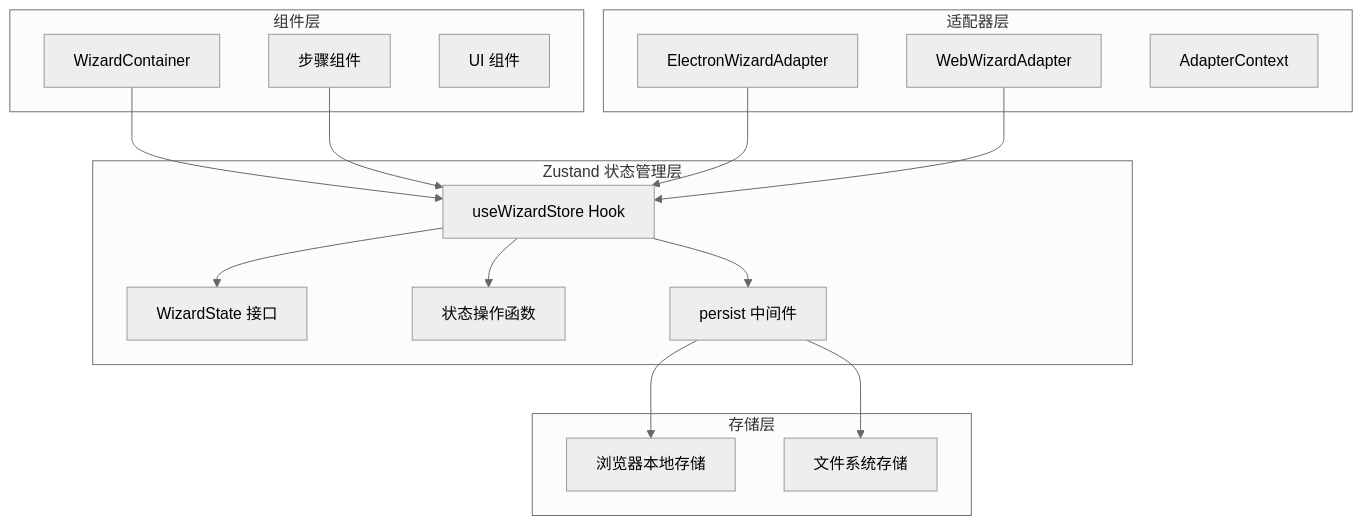
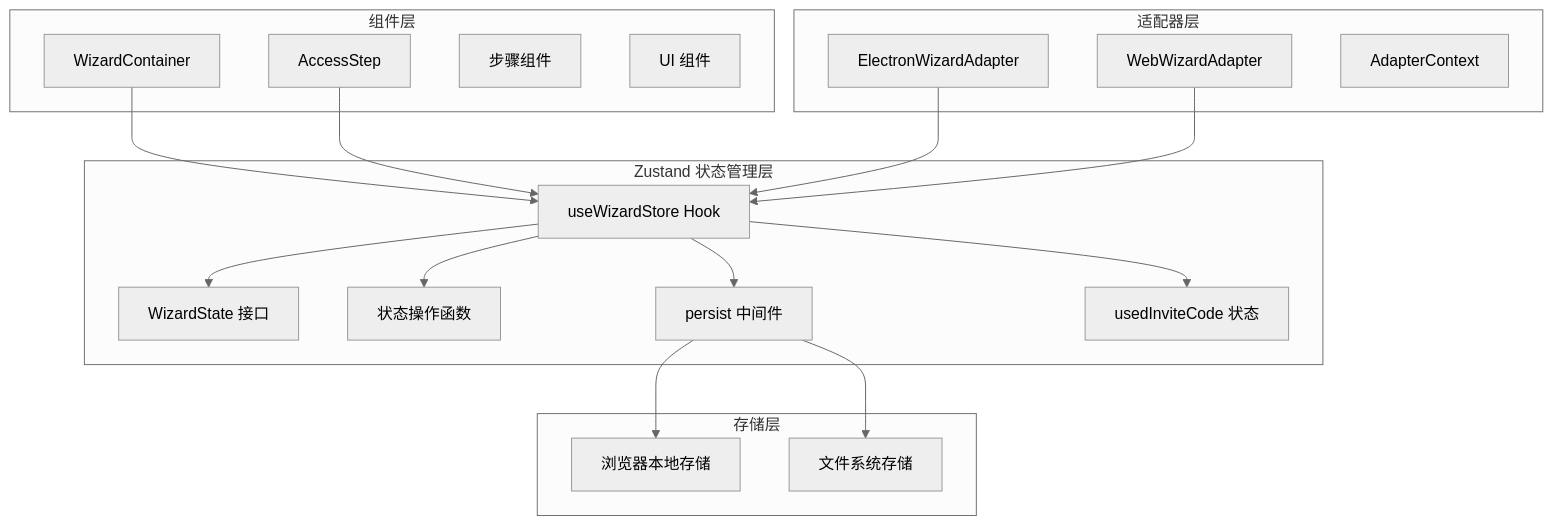
Before and after one commit to verse-ai-org/openclaw: the first of 11 diagrams in .qoder/repowiki/zh/content/设置向导状态管理.md, drawn with Mermaid (neutral theme). The commit also changed other lines of this file and 31 other files, not shown here.

````diff
--- a/.qoder/repowiki/zh/content/设置向导状态管理.md
+++ b/.qoder/repowiki/zh/content/设置向导状态管理.md
@@ -49,32 +52,35 @@
 ```mermaid
 graph TB
 subgraph "Zustand 状态管理层"
 Store[useWizardStore Hook]
 State[WizardState 接口]
 Actions[状态操作函数]
 Persist[persist 中间件]
+InviteCode[usedInviteCode 状态]
 end
 subgraph "组件层"
 Container[WizardContainer]
+AccessStep[AccessStep]
 Steps[步骤组件]
 UI[UI 组件]
 end
 subgraph "适配器层"
 Electron[ElectronWizardAdapter]
 Web[WebWizardAdapter]
 Context[AdapterContext]
 end
 subgraph "存储层"
 LocalStorage[浏览器本地存储]
 FileSystem[文件系统存储]
 end
 Store --> State
 Store --> Actions
 Store --> Persist
+Store --> InviteCode
 Container --> Store
-Steps --> Store
+AccessStep --> Store
 Electron --> Store
 Web --> Store
 Persist --> LocalStorage
 Persist --> FileSystem
 ```
````
